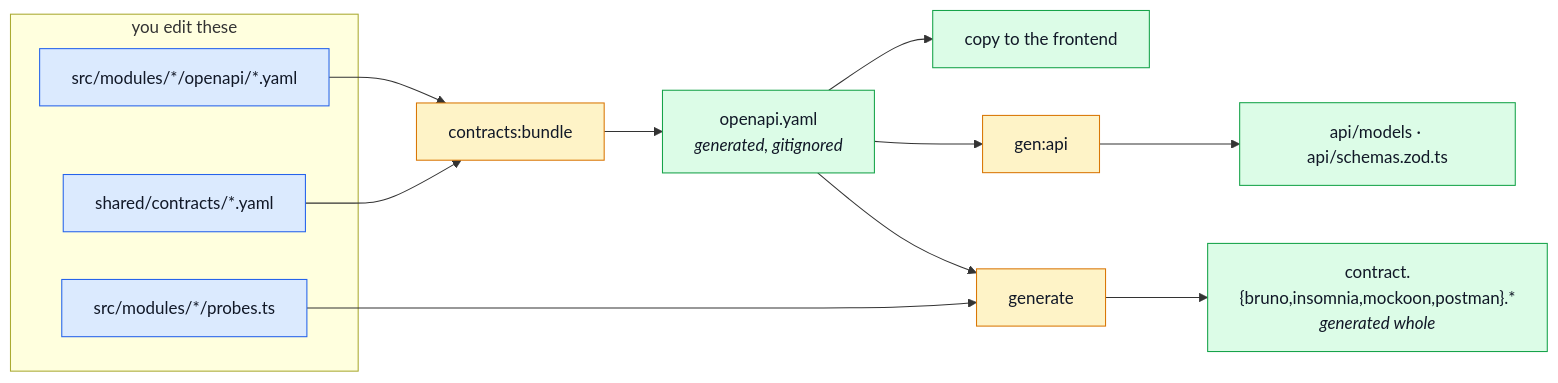
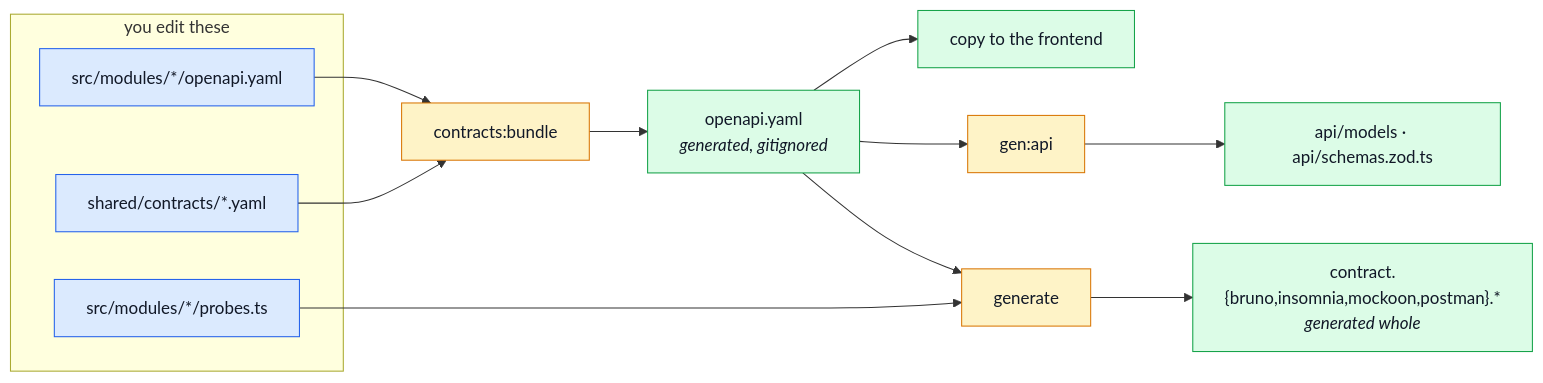
One commit to Guebbit/boilerplate-node-backend changed the diagram in docs/api/regenerating.md. Above: the diagram before and after it, drawn with Mermaid. The commit also changed other lines of this file and 130 other files, not shown here.

````diff
--- a/docs/api/regenerating.md
+++ b/docs/api/regenerating.md
@@ -47,27 +47,27 @@
 ```mermaid
 %%{init: {'flowchart': {'nodeSpacing': 45, 'rankSpacing': 55}}}%%
 flowchart LR
     subgraph AUTH["you edit these"]
-        MF["src/modules/*/openapi/*.yaml"]
+        MF["src/modules/*/openapi.yaml"]
         SH["shared/contracts/*.yaml"]
         PR["src/modules/*/probes.ts"]
     end
 
     MF --> B[contracts:bundle]
     SH --> B
     B --> ROOT["openapi.yaml<br/><i>generated, gitignored</i>"]
 
     ROOT --> COL[generate]
     PR --> COL
     COL --> DEV["contract.{bruno,insomnia,mockoon,postman}.*<br/><i>generated whole</i>"]
 
     ROOT --> G[gen:api] --> API["api/models · api/schemas.zod.ts"]
     ROOT --> FE["copy to the frontend"]
 
     classDef auth fill:#dbeafe,stroke:#2563eb,color:#111827;
     classDef out fill:#dcfce7,stroke:#16a34a,color:#111827;
     classDef tool fill:#fef3c7,stroke:#d97706,color:#111827;
     class MF,SH,PR auth;
     class ROOT,DEV,API,DEVFRAG,FE out;
     class B,B2,COL,G tool;
 ```
````
